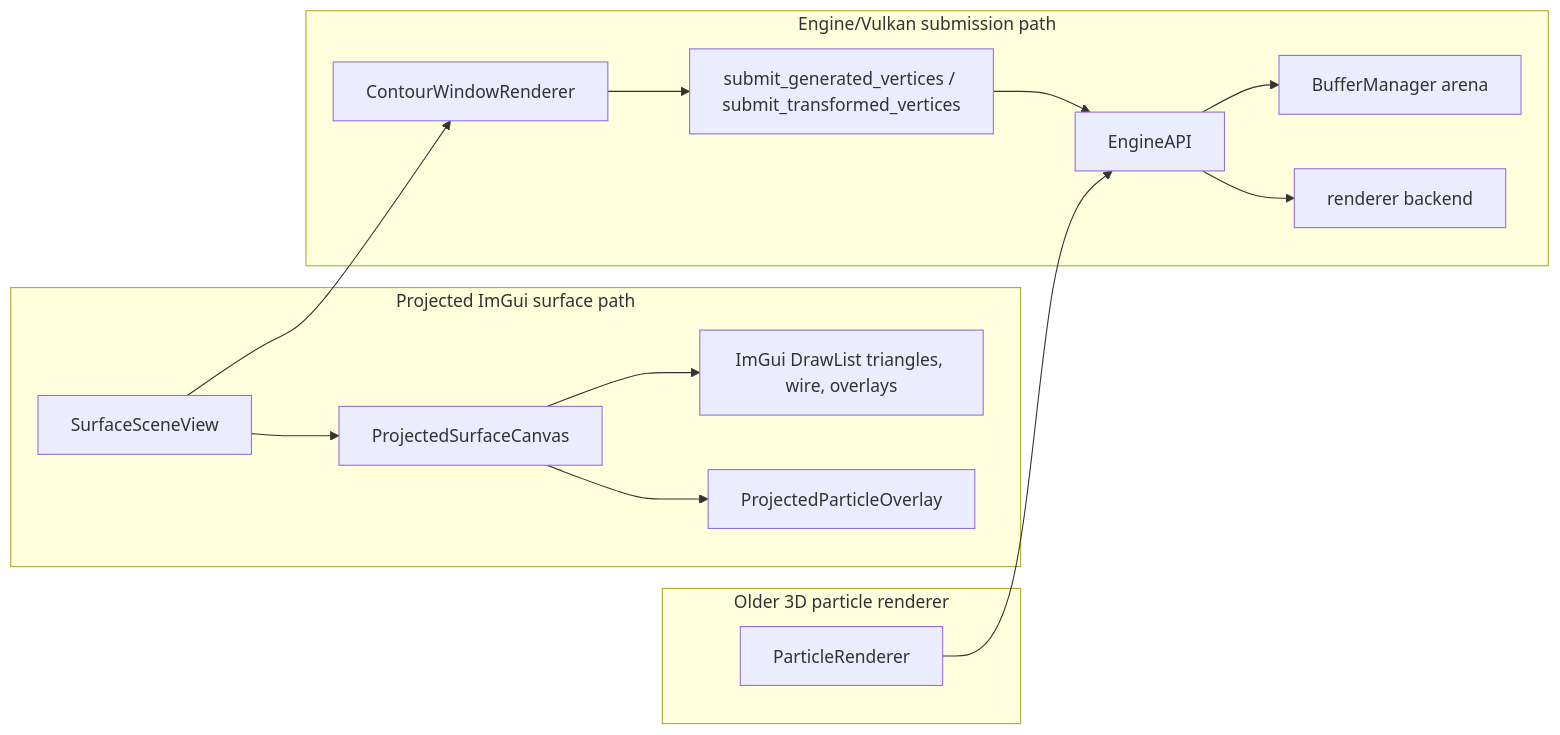
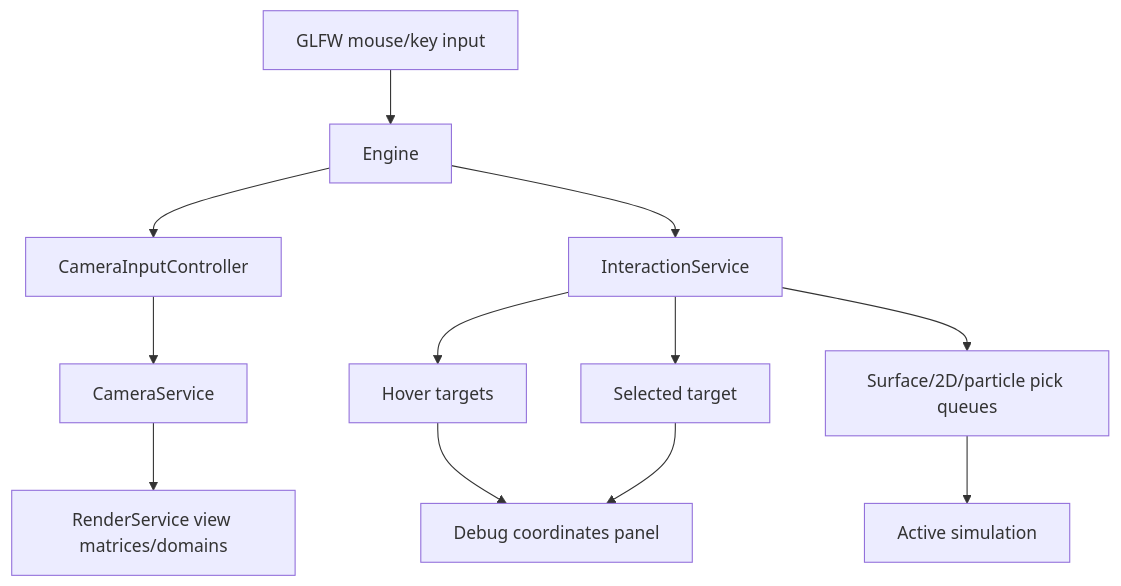
The sixth of 8 diagrams in nurbs_dde/docs/CURRENT_ARCHITECTURE_DIAGRAM.md (wsollers/Learning-Real-Analysis), drawn with Mermaid before and after one commit. The commit also changed other lines of this file and 39 other files, not shown here.

````diff
--- a/nurbs_dde/docs/CURRENT_ARCHITECTURE_DIAGRAM.md
+++ b/nurbs_dde/docs/CURRENT_ARCHITECTURE_DIAGRAM.md
@@ -182,20 +193,16 @@
 ```mermaid
-graph LR
-    subgraph ProjectedCanvas["Projected ImGui surface path"]
-        SurfaceSceneView --> ProjectedSurfaceCanvas
-        ProjectedSurfaceCanvas --> ImGuiDrawList["ImGui DrawList triangles, wire, overlays"]
-        ProjectedSurfaceCanvas --> ProjectedParticleOverlay
-    end
+flowchart TD
+    RawInput["GLFW mouse/key input"] --> Engine
+    Engine --> CameraInput["CameraInputController"]
+    Engine --> Interaction["InteractionService"]
 
-    subgraph EngineSubmission["Engine/Vulkan submission path"]
-        SurfaceSceneView --> ContourWindowRenderer
-        ContourWindowRenderer --> RenderSubmission["submit_generated_vertices / submit_transformed_vertices"]
-        RenderSubmission --> EngineAPI
-        EngineAPI --> BufferArena["BufferManager arena"]
-        EngineAPI --> RendererBackend["renderer backend"]
-    end
+    CameraInput --> Camera["CameraService"]
+    Interaction --> Hover["Hover targets"]
+    Interaction --> Selection["Selected target"]
+    Interaction --> Picks["Surface/2D/particle pick queues"]
 
-    subgraph LegacyParticleRenderer["Older 3D particle renderer"]
-        ParticleRenderer --> EngineAPI
-    end
+    Hover --> GlobalDebug["Debug coordinates panel"]
+    Selection --> GlobalDebug
+    Picks --> Sim["Active simulation"]
+    Camera --> Render["RenderService view matrices/domains"]
 ```
````
